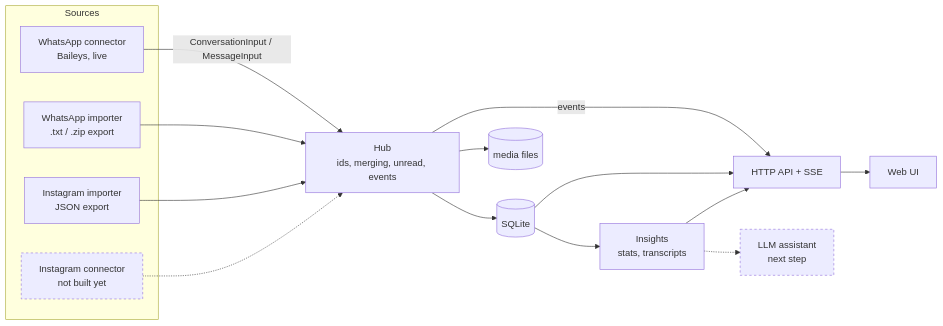
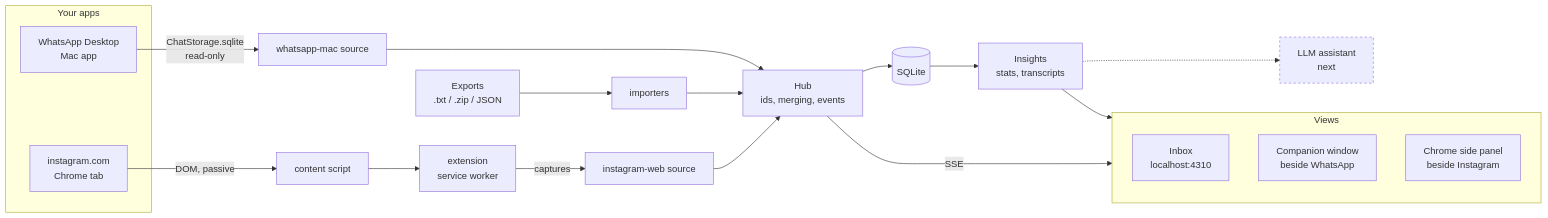
Before and after one commit to vwilson317/message-abstraction: the diagram in docs/ARCHITECTURE.md, drawn with Mermaid. The commit also changed other lines of this file and 47 other files, not shown here.

First line of the commit message:
Read WhatsApp Desktop and Instagram in Chrome instead of using APIs

````diff
--- a/docs/ARCHITECTURE.md
+++ b/docs/ARCHITECTURE.md
@@ -7,22 +8,24 @@
 ```mermaid
 flowchart LR
-  subgraph Sources
-    WA[WhatsApp connector<br/>Baileys, live]
-    IGX[Instagram importer<br/>JSON export]
-    WAX[WhatsApp importer<br/>.txt / .zip export]
-    IGL[Instagram connector<br/>not built yet]:::todo
+  subgraph Your apps
+    WAD[WhatsApp Desktop<br/>Mac app]
+    IG[instagram.com<br/>Chrome tab]
   end
-  WA -- ConversationInput / MessageInput --> HUB
-  WAX --> HUB
-  IGX --> HUB
-  IGL -.-> HUB
-  HUB[Hub<br/>ids, merging, unread, events] --> DB[(SQLite)]
-  HUB --> MEDIA[(media files)]
-  HUB -- events --> API[HTTP API + SSE]
-  DB --> API
-  API --> UI[Web UI]
-  DB --> INS[Insights<br/>stats, transcripts]
-  INS --> API
-  INS -.-> LLM[LLM assistant<br/>next step]:::todo
+  WAD -- ChatStorage.sqlite<br/>read-only --> WAR[whatsapp-mac source]
+  IG -- DOM, passive --> CS[content script] --> SW[extension<br/>service worker]
+  SW -- captures --> BS[instagram-web source]
+  EXP[Exports<br/>.txt / .zip / JSON] --> IMP[importers]
+  WAR --> HUB[Hub<br/>ids, merging, events]
+  BS --> HUB
+  IMP --> HUB
+  HUB --> DB[(SQLite)]
+  HUB -- SSE --> UI
+  subgraph UI[Views]
+    INBOX[Inbox<br/>localhost:4310]
+    COMP[Companion window<br/>beside WhatsApp]
+    PANEL[Chrome side panel<br/>beside Instagram]
+  end
+  DB --> INS[Insights<br/>stats, transcripts] --> UI
+  INS -.-> LLM[LLM assistant<br/>next]:::todo
   classDef todo stroke-dasharray: 4 4
 ```
````
